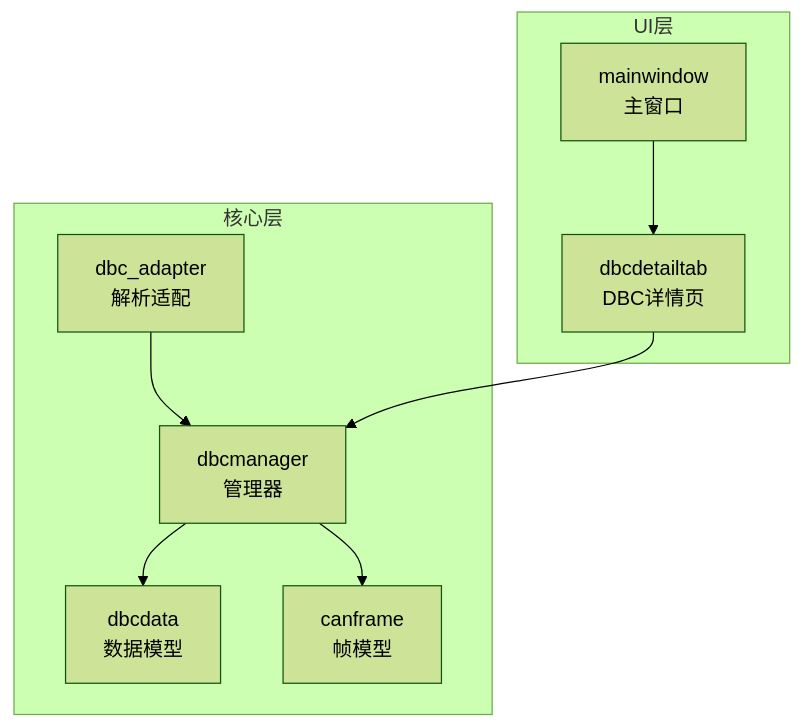
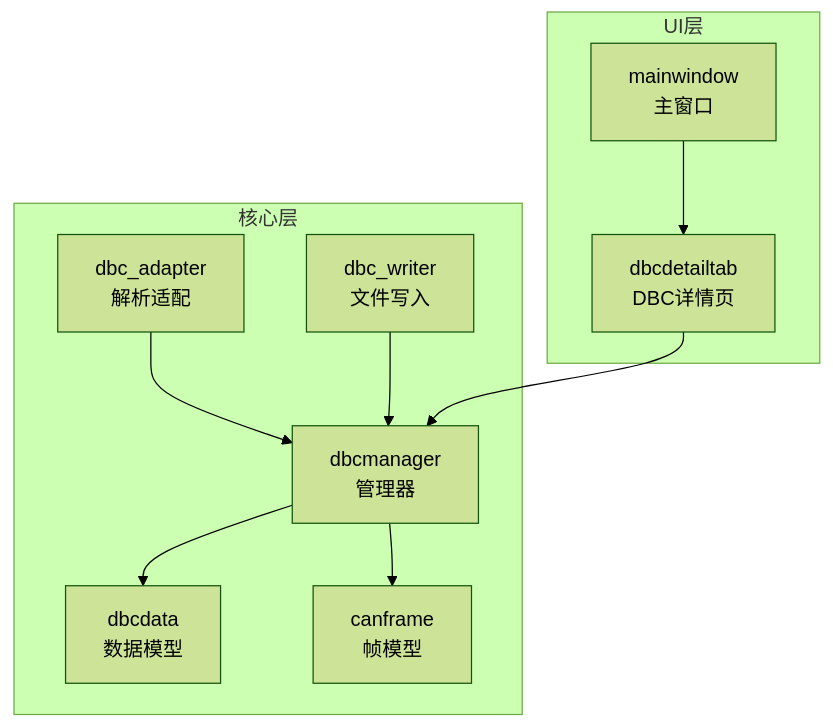
Before and after one commit to jakecai1225-design/OpenBus: the first of 8 diagrams in .qoder/repowiki/zh/content/核心模块详解/DBC文件支持/DBC文件支持.md, drawn with Mermaid (forest theme). The commit also changed other lines of this file and 38 other files, not shown here.

````diff
--- a/.qoder/repowiki/zh/content/核心模块详解/DBC文件支持/DBC文件支持.md
+++ b/.qoder/repowiki/zh/content/核心模块详解/DBC文件支持/DBC文件支持.md
@@ -47,18 +51,20 @@
 ```mermaid
 graph TB
 subgraph "核心层"
 A["dbc_adapter<br/>解析适配"]
-B["dbcmanager<br/>管理器"]
-C["dbcdata<br/>数据模型"]
-D["canframe<br/>帧模型"]
+B["dbc_writer<br/>文件写入"]
+C["dbcmanager<br/>管理器"]
+D["dbcdata<br/>数据模型"]
+E["canframe<br/>帧模型"]
 end
 subgraph "UI层"
-E["mainwindow<br/>主窗口"]
-F["dbcdetailtab<br/>DBC详情页"]
+F["mainwindow<br/>主窗口"]
+G["dbcdetailtab<br/>DBC详情页"]
 end
-A --> B
+A --> C
 B --> C
-B --> D
-E --> F
-F --> B
+C --> D
+C --> E
+F --> G
+G --> C
 ```
````
